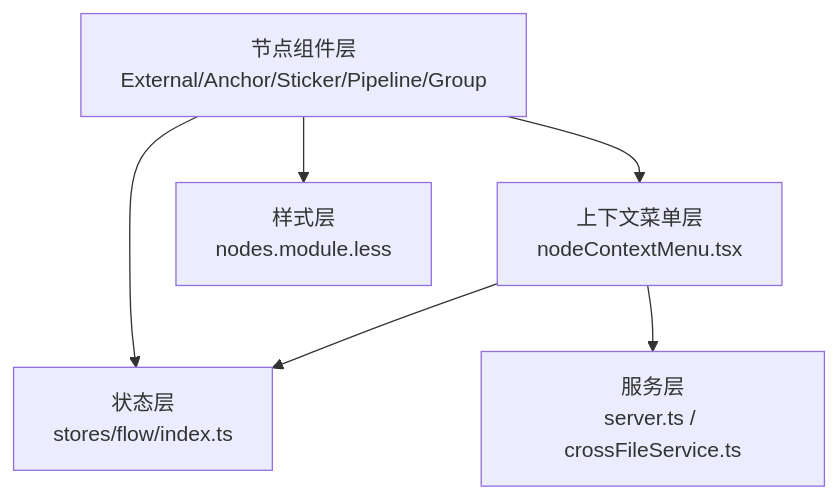
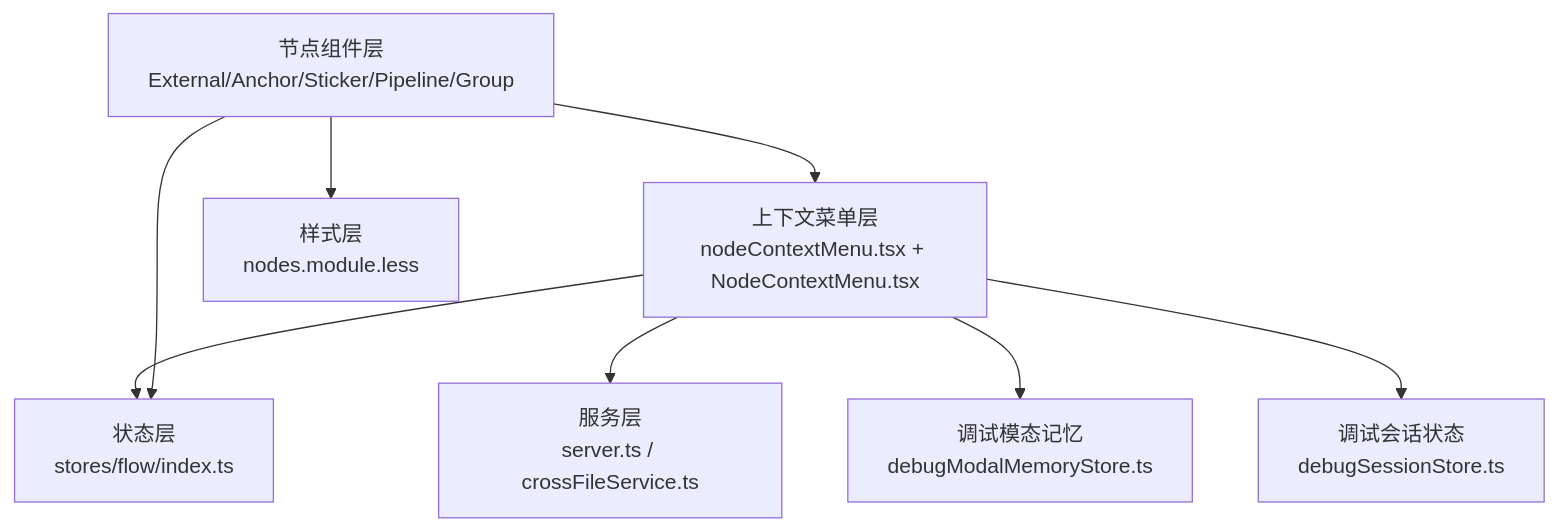
One commit to kqcoxn/MaaPipelineEditor changed the second of 7 diagrams in .qoder/repowiki/zh/content/可视化编辑器/节点系统/节点系统.md. Above: the diagram before and after it, drawn with Mermaid. The commit also changed other lines of this file and 19 other files, not shown here.

````diff
--- a/.qoder/repowiki/zh/content/可视化编辑器/节点系统/节点系统.md
+++ b/.qoder/repowiki/zh/content/可视化编辑器/节点系统/节点系统.md
@@ -132,13 +145,17 @@
 ```mermaid
 graph TB
 UI["节点组件层<br/>External/Anchor/Sticker/Pipeline/Group"]
-MENU["上下文菜单层<br/>nodeContextMenu.tsx"]
+MENU["上下文菜单层<br/>nodeContextMenu.tsx + NodeContextMenu.tsx"]
 STORE["状态层<br/>stores/flow/index.ts"]
 SERVICE["服务层<br/>server.ts / crossFileService.ts"]
+DEBUGMEM["调试模态记忆<br/>debugModalMemoryStore.ts"]
+DEBUGSESS["调试会话状态<br/>debugSessionStore.ts"]
 STYLE["样式层<br/>nodes.module.less"]
 UI --> MENU
 MENU --> STORE
 MENU --> SERVICE
+MENU --> DEBUGMEM
+MENU --> DEBUGSESS
 UI --> STORE
 UI --> STYLE
 ```
````
